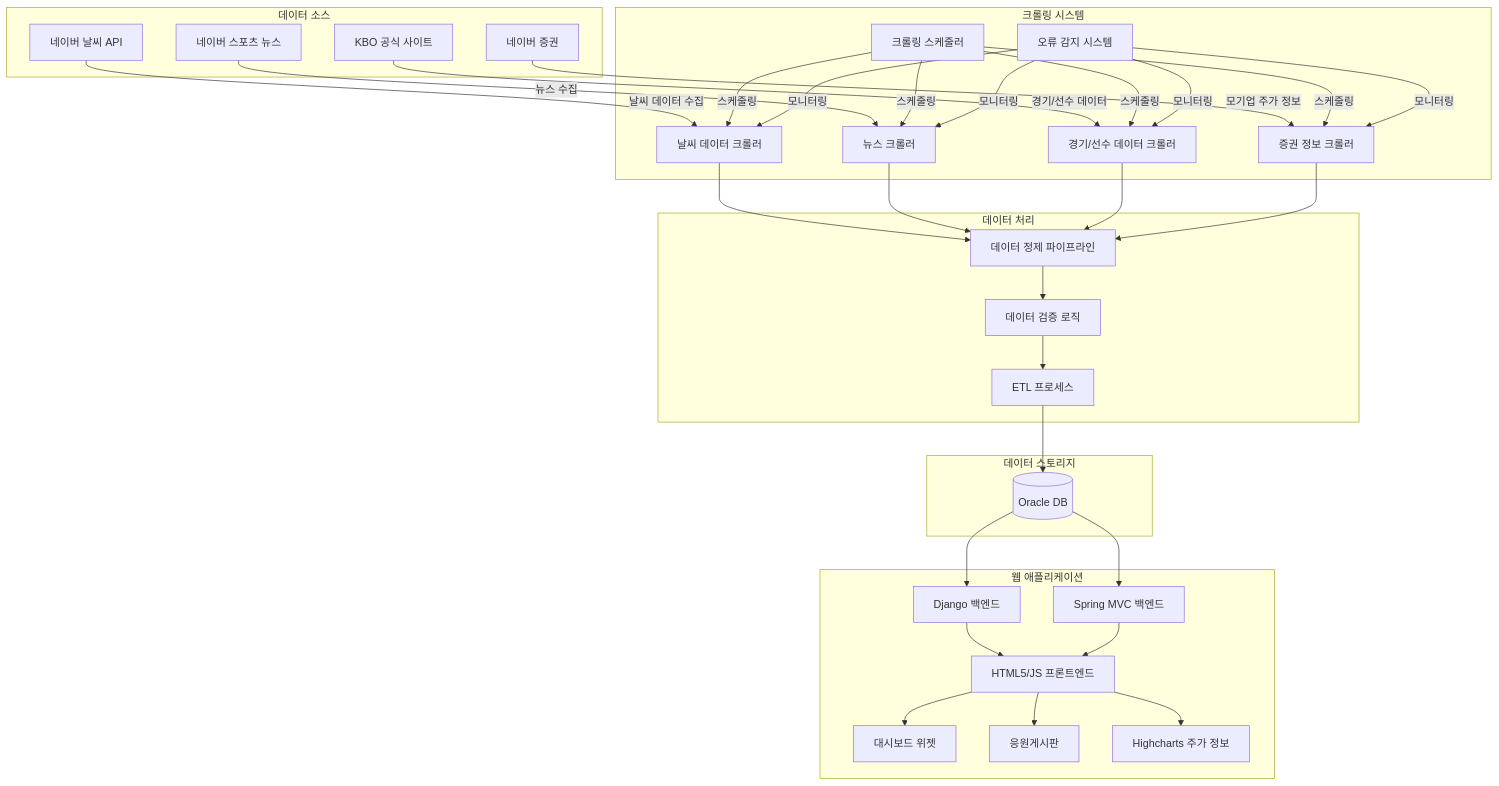
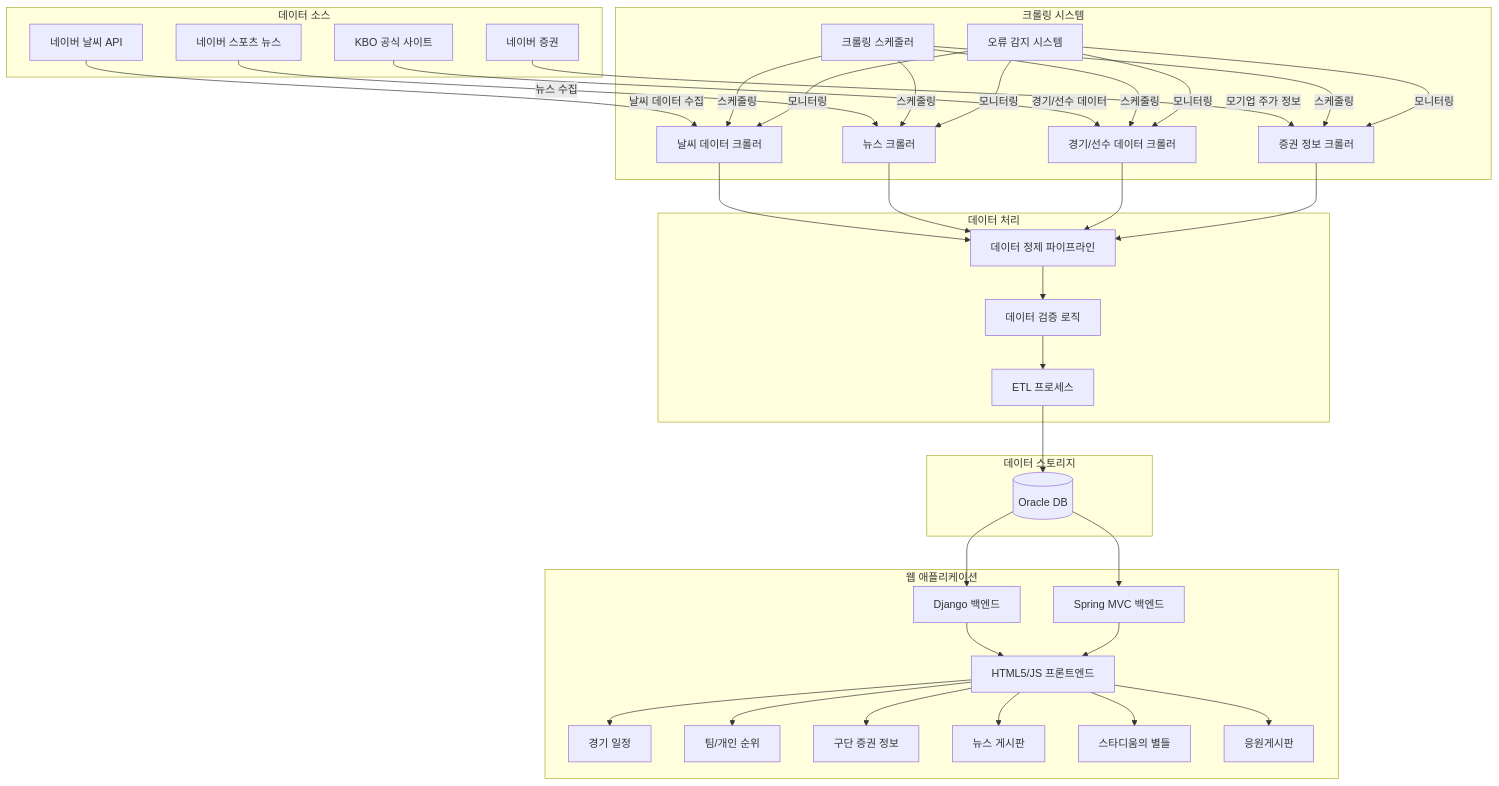
Before and after one commit to Bae-Sunny/CrawlingProject: the diagram in README.md, drawn with Mermaid.

````diff
--- a/README.md
+++ b/README.md
@@ -81,71 +81,78 @@
 ```mermaid
 graph TB
     subgraph "데이터 소스"
         A[네이버 날씨 API]
         B[네이버 스포츠 뉴스]
         C[KBO 공식 사이트]
         D[네이버 증권]
     end
 
     subgraph "크롤링 시스템"
         E[날씨 데이터 크롤러]
         F[뉴스 크롤러]
         G[경기/선수 데이터 크롤러]
         H[증권 정보 크롤러]
         I[크롤링 스케줄러]
         J[오류 감지 시스템]
     end
 
     subgraph "데이터 처리"
         K[데이터 정제 파이프라인]
         L[데이터 검증 로직]
         M[ETL 프로세스]
     end
 
     subgraph "데이터 스토리지"
         N[(Oracle DB)]
     end
 
     subgraph "웹 애플리케이션"
         O[Django 백엔드]
         O2[Spring MVC 백엔드]
         P[HTML5/JS 프론트엔드]
-        Q[대시보드 위젯]
+        T[경기 일정]
+        U[팀/개인 순위]
+        S[구단 증권 정보]
+        V[뉴스 게시판]
+        W[스타디움의 별들]
         R[응원게시판]
-        S[Highcharts 주가 정보]
     end
 
     A -->|날씨 데이터 수집| E
     B -->|뉴스 수집| F
     C -->|경기/선수 데이터| G
     D -->|모기업 주가 정보| H
 
     E --> K
     F --> K
     G --> K
     H --> K
 
     I -->|스케줄링| E
     I -->|스케줄링| F
     I -->|스케줄링| G
     I -->|스케줄링| H
 
     J -->|모니터링| E
     J -->|모니터링| F
     J -->|모니터링| G
     J -->|모니터링| H
 
     K --> L
     L --> M
     M --> N
 
     N --> O
     N --> O2
 
     O --> P
     O2 --> P
-    P --> Q
+    P --> T
+    P --> U
+    P --> S
+    P --> V
+    P --> W
     P --> R
-    P --> S
+
 
 ```
````
